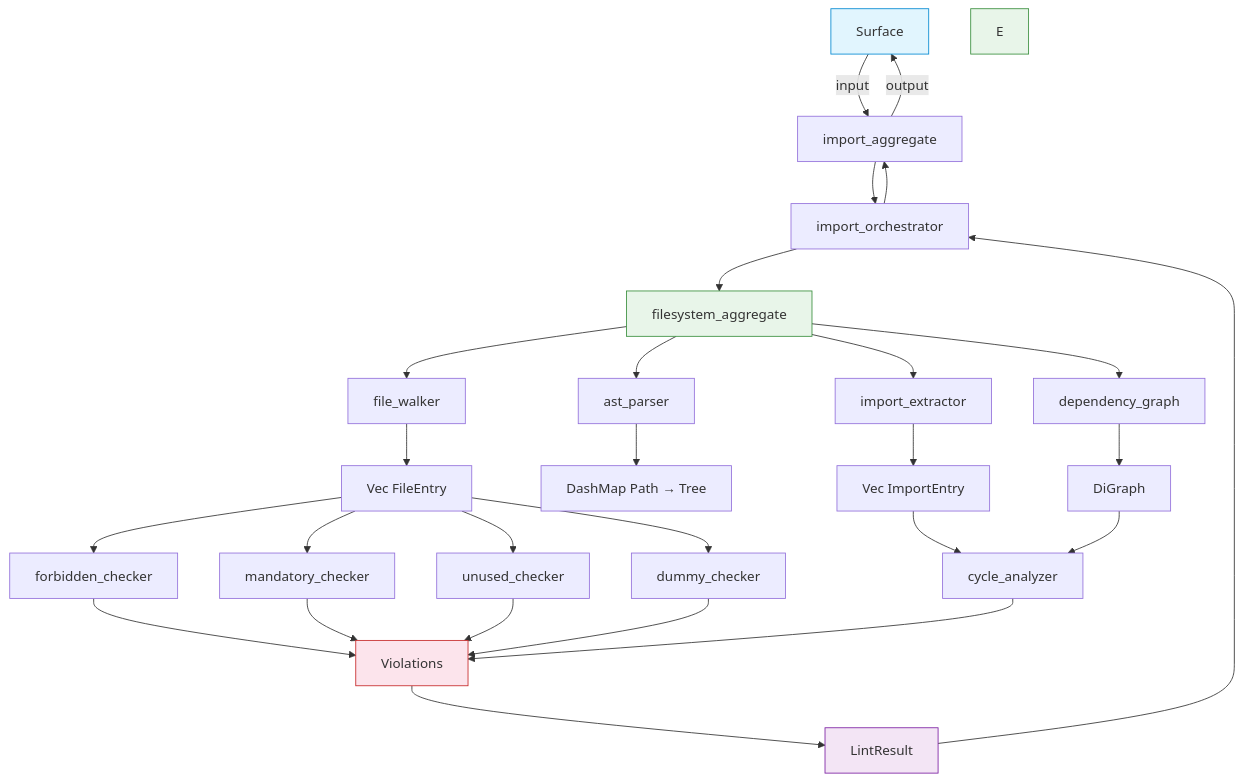
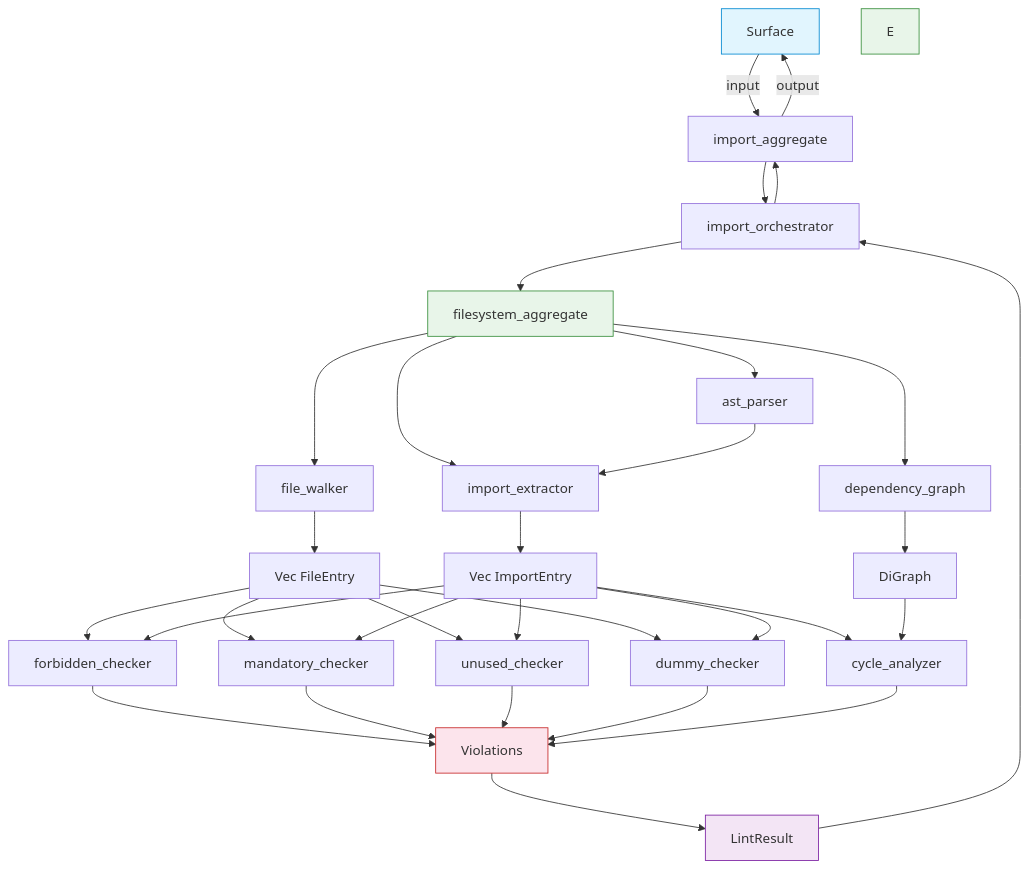
Before and after one commit to rakaarwaky/lint-arwaky: the diagram in crates/import-rules/FRD.md, drawn with Mermaid.

Commit message:
fix: import-rules mermaid — AST parser feeds into import_extractor
Flow: ast_parser → import_extractor → Vec ImportEntry → checkers
Checkers use Vec ImportEntry, not raw AST

````diff
--- a/crates/import-rules/FRD.md
+++ b/crates/import-rules/FRD.md
@@ -9,35 +9,39 @@
 ```mermaid
 flowchart TD
     A["Surface"] -->|input| B["import_aggregate"]
     B --> C["import_orchestrator"]
     C --> D["filesystem_aggregate"]
     D --> E1["file_walker"]
     D --> F1["ast_parser"]
     D --> F2["import_extractor"]
     D --> F3["dependency_graph"]
+    F1 --> F2
     E1 --> G1["Vec FileEntry"]
-    F1 --> G2["DashMap Path → Tree"]
-    F2 --> G3["Vec ImportEntry"]
-    F3 --> G4["DiGraph"]
+    F2 --> G2["Vec ImportEntry"]
+    F3 --> G3["DiGraph"]
     G1 --> H1["forbidden_checker"]
     G1 --> H2["mandatory_checker"]
     G1 --> H3["unused_checker"]
     G1 --> H4["dummy_checker"]
-    G3 --> H5["cycle_analyzer"]
-    G4 --> H5
+    G2 --> H1
+    G2 --> H2
+    G2 --> H3
+    G2 --> H4
+    G2 --> H5["cycle_analyzer"]
+    G3 --> H5
     H1 --> I["Violations"]
     H2 --> I
     H3 --> I
     H4 --> I
     H5 --> I
     I --> J["LintResult"]
     J --> C
     C --> B
     B -->|output| A
 
     style A fill:#e1f5fe,stroke:#0288d1
     style D fill:#e8f5e9,stroke:#388e3c
     style E fill:#e8f5e9,stroke:#388e3c
     style I fill:#fce4ec,stroke:#c62828
     style J fill:#f3e5f5,stroke:#7b1fa2
 ```
````
